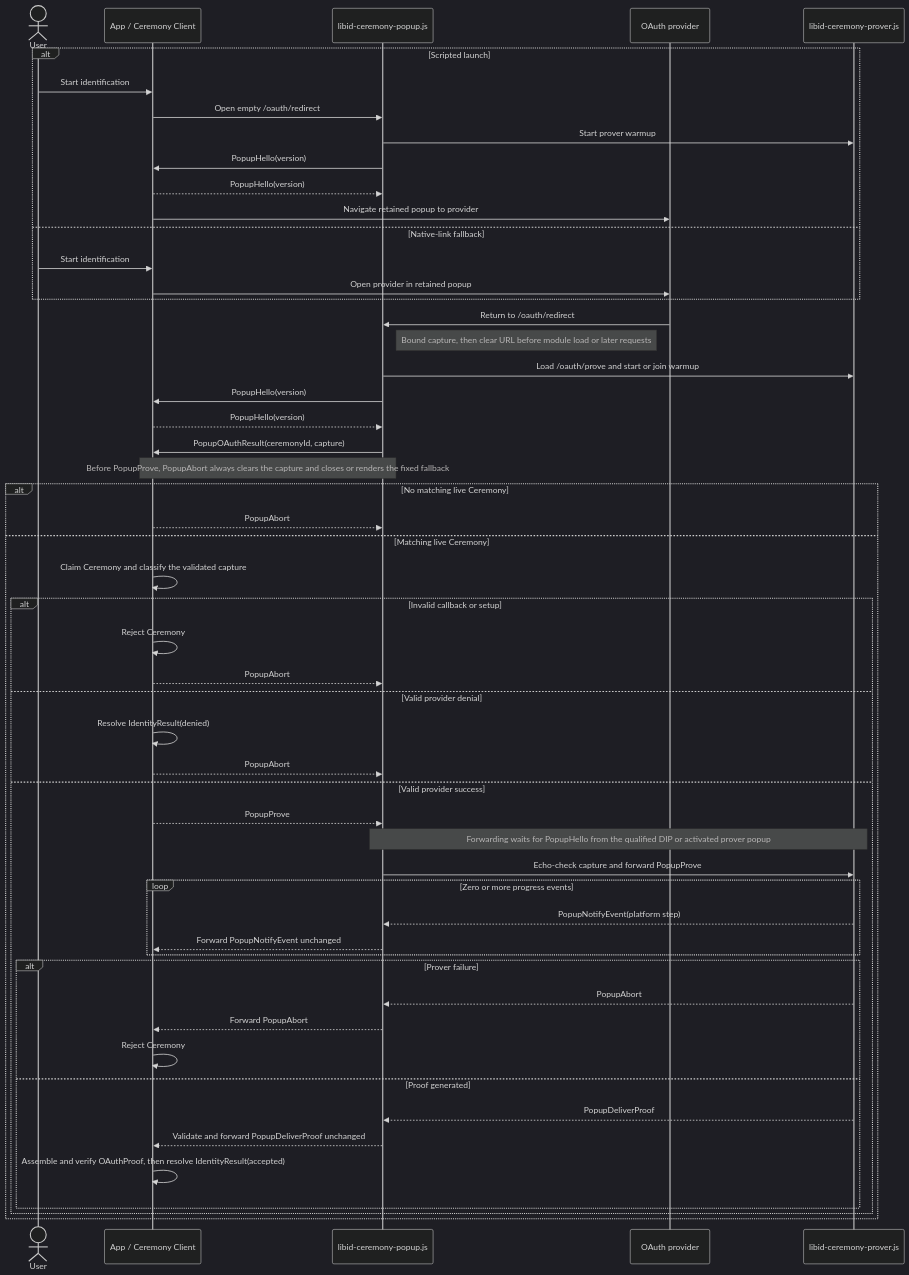
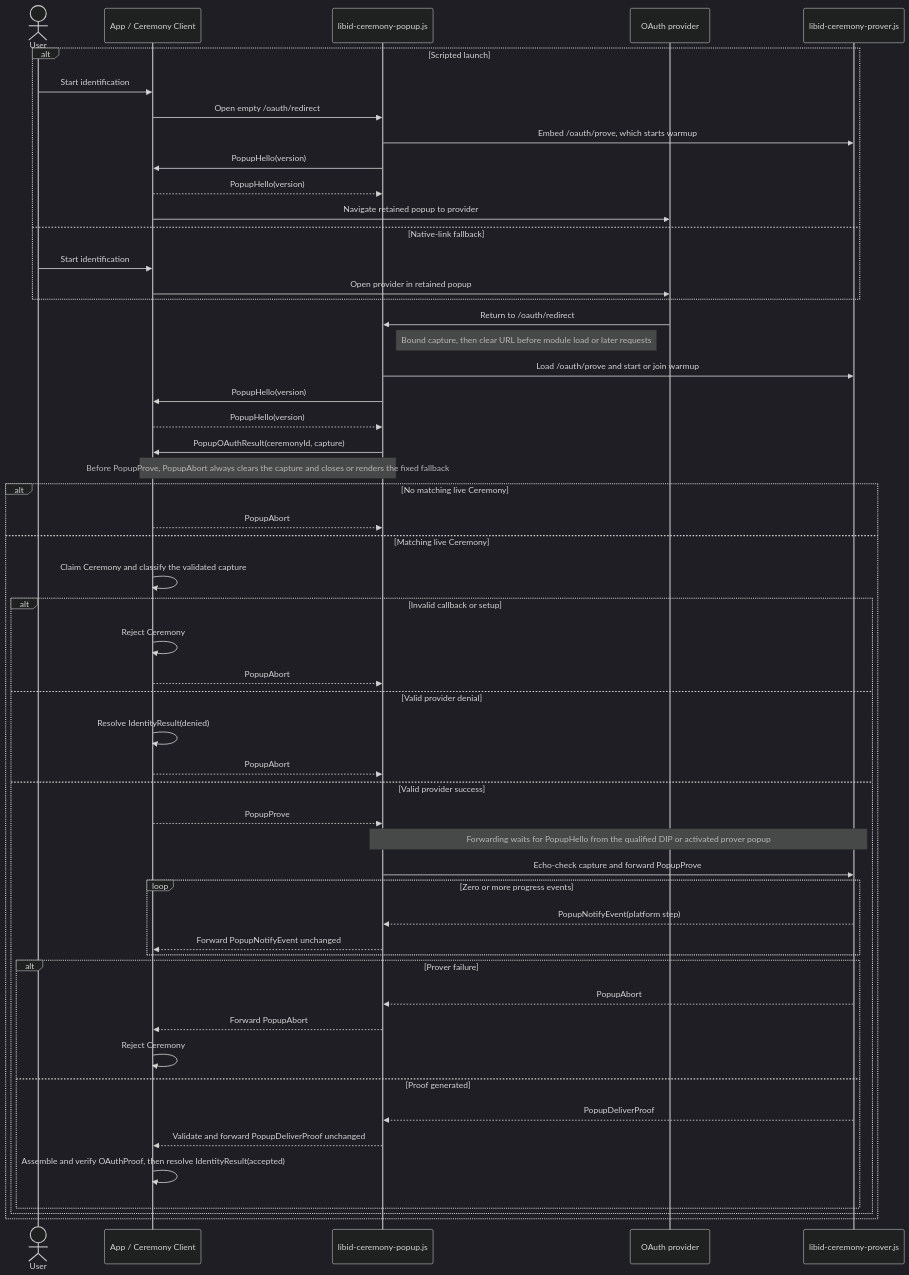
Before and after one commit to libid-org/libid: the diagram in ts/packages/ceremony/ARCHITECTURE.md, drawn with Mermaid (dark theme).

Commit message:
docs(ceremony): clarify launch and warmup

````diff
--- a/ts/packages/ceremony/ARCHITECTURE.md
+++ b/ts/packages/ceremony/ARCHITECTURE.md
@@ -591,57 +591,57 @@
 ```mermaid
 sequenceDiagram
     actor U as User
     participant A as App / Ceremony Client
     participant C as libid-ceremony-popup.js
     participant O as OAuth provider
     participant P as libid-ceremony-prover.js
 
     alt Scripted launch
         U->>A: Start identification
         A->>C: Open empty /oauth/redirect
-        C->>P: Start prover warmup
+        C->>P: Embed /oauth/prove, which starts warmup
         C->>A: PopupHello(version)
         A-->>C: PopupHello(version)
         A->>O: Navigate retained popup to provider
     else Native-link fallback
         U->>A: Start identification
         A->>O: Open provider in retained popup
     end
     O->>C: Return to /oauth/redirect
     Note right of C: Bound capture, then clear URL before module load or later requests
     C->>P: Load /oauth/prove and start or join warmup
     C->>A: PopupHello(version)
     A-->>C: PopupHello(version)
     C->>A: PopupOAuthResult(ceremonyId, capture)
     Note over A,C: Before PopupProve, PopupAbort always clears the capture and closes or renders the fixed fallback
     alt No matching live Ceremony
         A-->>C: PopupAbort
     else Matching live Ceremony
         A->>A: Claim Ceremony and classify the validated capture
 
         alt Invalid callback or setup
             A->>A: Reject Ceremony
             A-->>C: PopupAbort
         else Valid provider denial
             A->>A: Resolve IdentityResult(denied)
             A-->>C: PopupAbort
         else Valid provider success
             A-->>C: PopupProve
             Note over C,P: Forwarding waits for PopupHello from the qualified DIP or activated prover popup
             C->>P: Echo-check capture and forward PopupProve
             loop Zero or more progress events
                 P-->>C: PopupNotifyEvent(platform step)
                 C-->>A: Forward PopupNotifyEvent unchanged
             end
             alt Prover failure
                 P-->>C: PopupAbort
                 C-->>A: Forward PopupAbort
                 A->>A: Reject Ceremony
             else Proof generated
                 P-->>C: PopupDeliverProof
                 C-->>A: Validate and forward PopupDeliverProof unchanged
                 A->>A: Assemble and verify OAuthProof, then resolve IdentityResult(accepted)
             end
         end
     end
 ```
````
